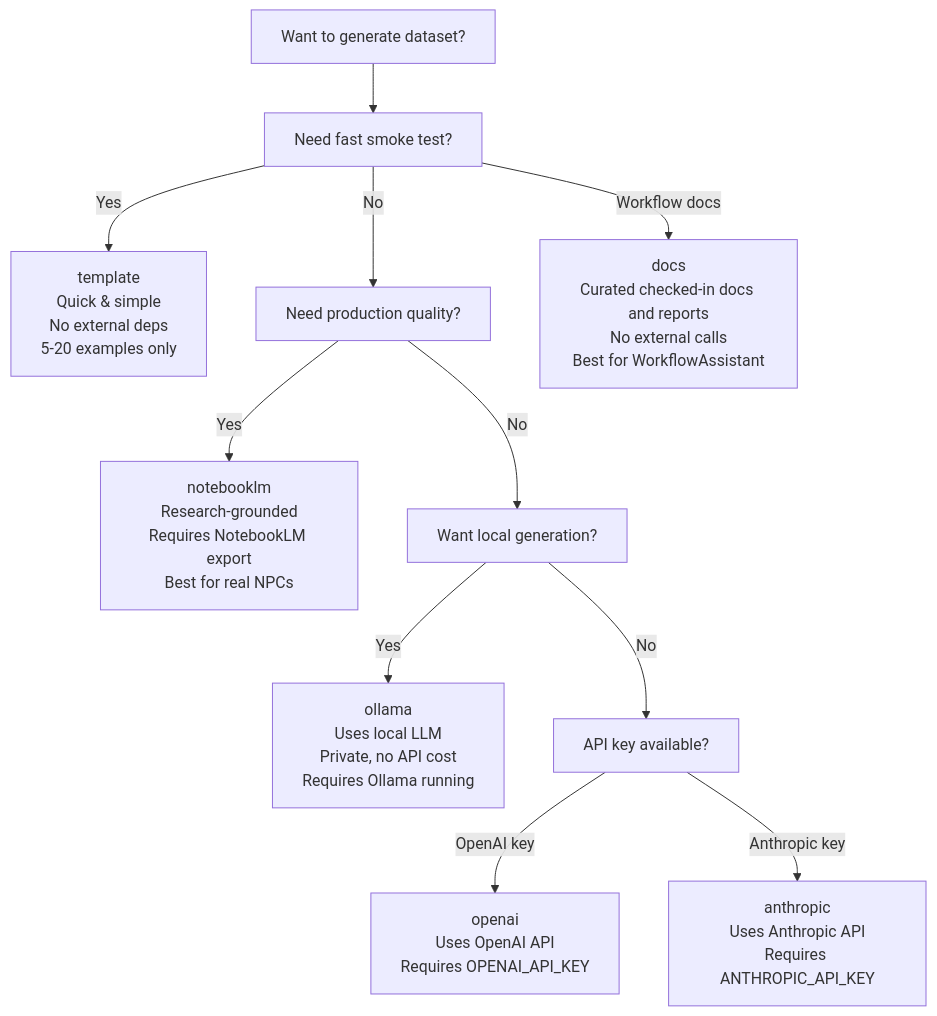
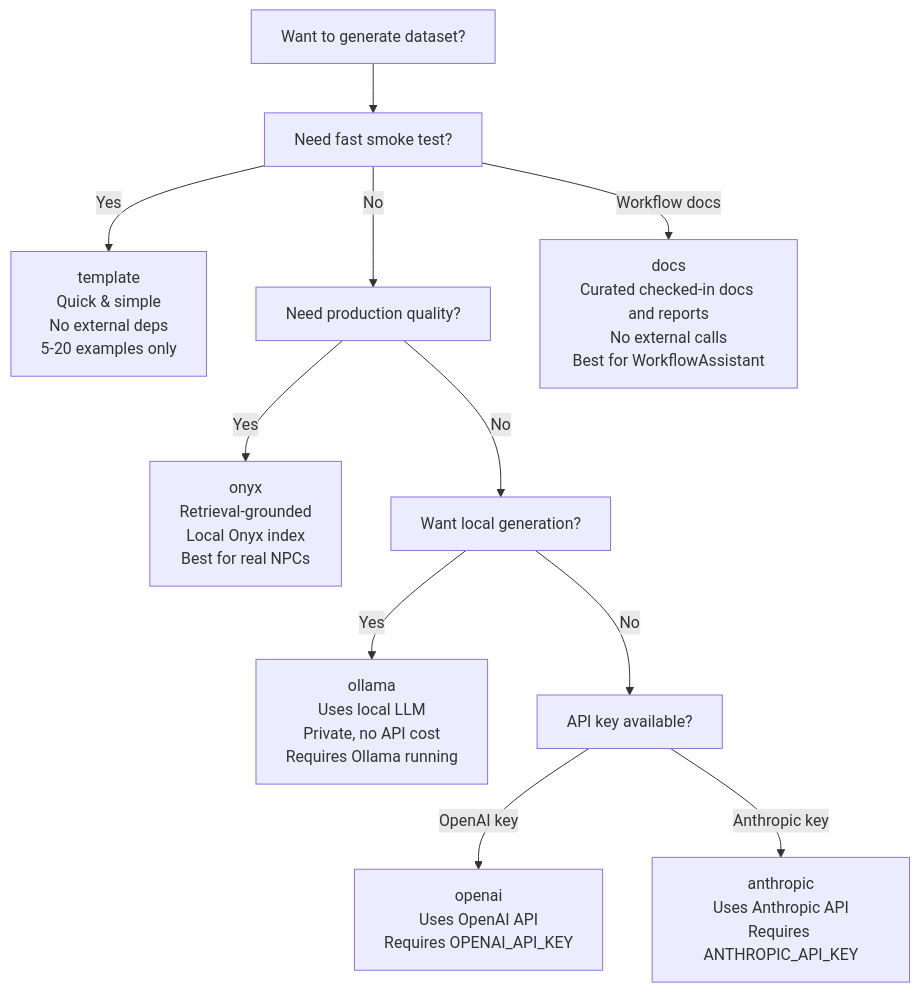
One commit to athargamedev/Unsloth_Core changed the third of 7 diagrams in docs/DATASET_STRUCTURE_AND_LOGIC.md. Above: the diagram before and after it, drawn with Mermaid. The commit also changed other lines of this file and 26 other files, not shown here.

Commit message:
feat: update dataset generation technique from notebooklm to onyx across documentation and scripts

````diff
--- a/docs/DATASET_STRUCTURE_AND_LOGIC.md
+++ b/docs/DATASET_STRUCTURE_AND_LOGIC.md
@@ -274,14 +274,14 @@
 ```mermaid
 flowchart TD
     Start["Want to generate dataset?"]
     Start --> CheckSpeed["Need fast smoke test?"]
     CheckSpeed -- Yes --> Template["template<br/>Quick & simple<br/>No external deps<br/>5-20 examples only"]
     CheckSpeed -- No --> CheckQuality["Need production quality?"]
-    CheckQuality -- Yes --> NotebookLM["notebooklm<br/>Research-grounded<br/>Requires NotebookLM export<br/>Best for real NPCs"]
+    CheckQuality -- Yes --> OnyxTech["onyx<br/>Retrieval-grounded<br/>Local Onyx index<br/>Best for real NPCs"]
     CheckSpeed -- Workflow docs --> DocsTechnique["docs<br/>Curated checked-in docs and reports<br/>No external calls<br/>Best for WorkflowAssistant"]
     CheckQuality -- No --> CheckLocal["Want local generation?"]
     CheckLocal -- Yes --> Ollama["ollama<br/>Uses local LLM<br/>Private, no API cost<br/>Requires Ollama running"]
     CheckLocal -- No --> CheckAPI["API key available?"]
     CheckAPI -- OpenAI key --> OpenAIGen["openai<br/>Uses OpenAI API<br/>Requires OPENAI_API_KEY"]
     CheckAPI -- Anthropic key --> AnthropicGen["anthropic<br/>Uses Anthropic API<br/>Requires ANTHROPIC_API_KEY"]
 ```
````
